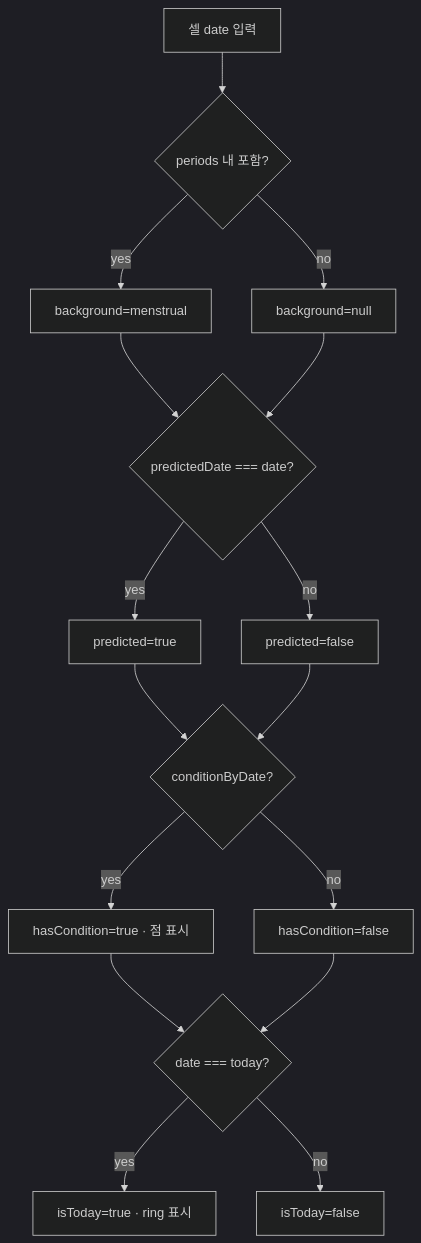
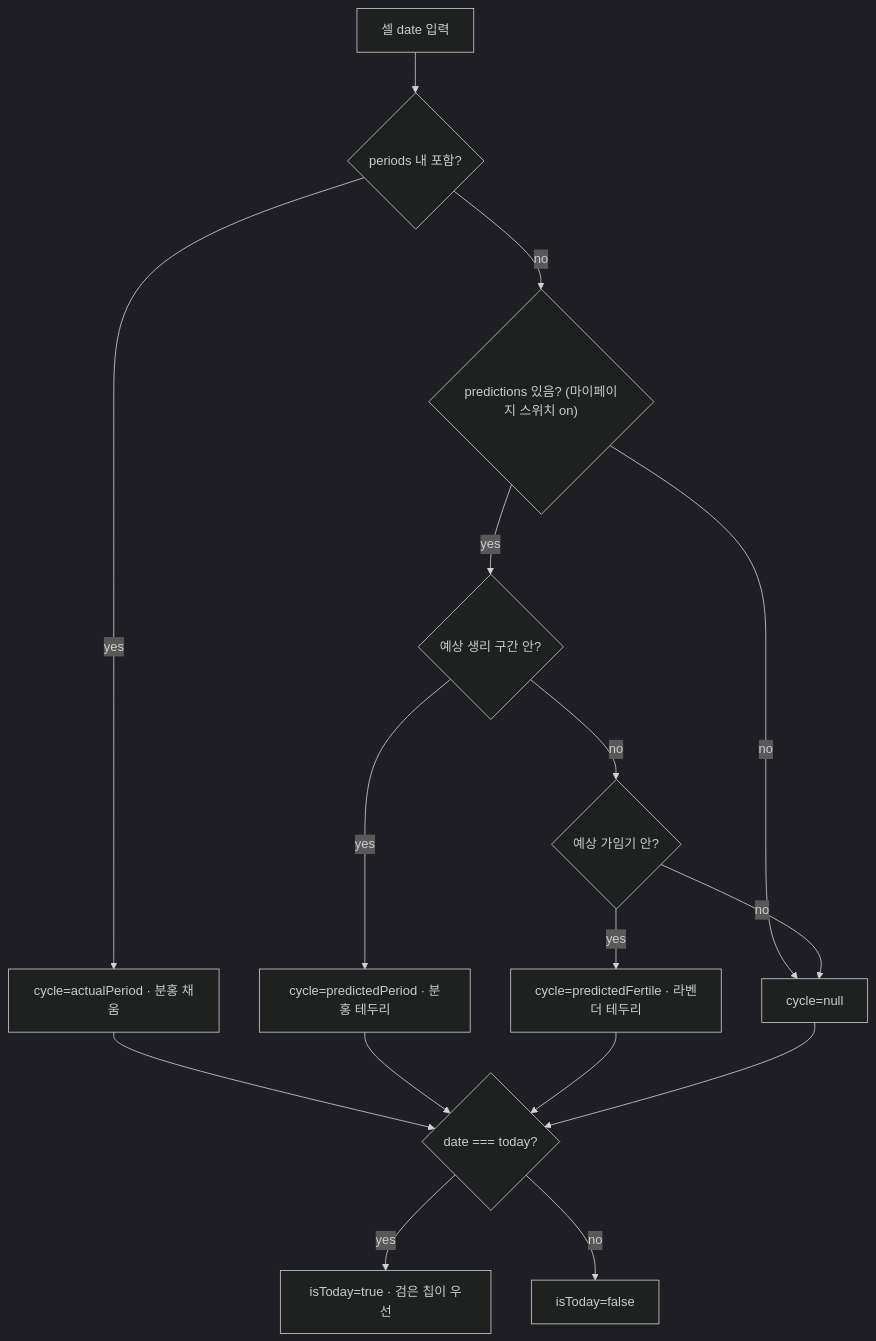
The first of 4 diagrams in docs/flows/calendar.md (soojjung/dwee-wellness-tracker), drawn with Mermaid (dark theme) before and after one commit. The commit also changed other lines of this file and 70 other files, not shown here.

First line of the commit message:
fix(ios): TestFlight round 4 — holidays order, report table & chart, calendar predictions, event/period split, build 5 (#78)

````diff
--- a/docs/flows/calendar.md
+++ b/docs/flows/calendar.md
@@ -9,18 +9,18 @@
 ```mermaid
 flowchart TD
   A["셀 date 입력"] --> B{"periods 내 포함?"}
-  B -- yes --> M["background=menstrual"]
-  B -- no --> N["background=null"]
-  M --> P{"predictedDate === date?"}
-  N --> P
-  P -- yes --> R["predicted=true"]
-  P -- no --> S["predicted=false"]
-  R --> T{"conditionByDate?"}
-  S --> T
-  T -- yes --> U["hasCondition=true · 점 표시"]
-  T -- no --> V["hasCondition=false"]
-  U --> W{"date === today?"}
-  V --> W
-  W -- yes --> X["isToday=true · ring 표시"]
+  B -- yes --> M["cycle=actualPeriod · 분홍 채움"]
+  B -- no --> Q{"predictions 있음? (마이페이지 스위치 on)"}
+  Q -- no --> N["cycle=null"]
+  Q -- yes --> P{"예상 생리 구간 안?"}
+  P -- yes --> R["cycle=predictedPeriod · 분홍 테두리"]
+  P -- no --> F{"예상 가임기 안?"}
+  F -- yes --> G["cycle=predictedFertile · 라벤더 테두리"]
+  F -- no --> N
+  M --> W{"date === today?"}
+  R --> W
+  G --> W
+  N --> W
+  W -- yes --> X["isToday=true · 검은 칩이 우선"]
   W -- no --> Y["isToday=false"]
 ```
````
